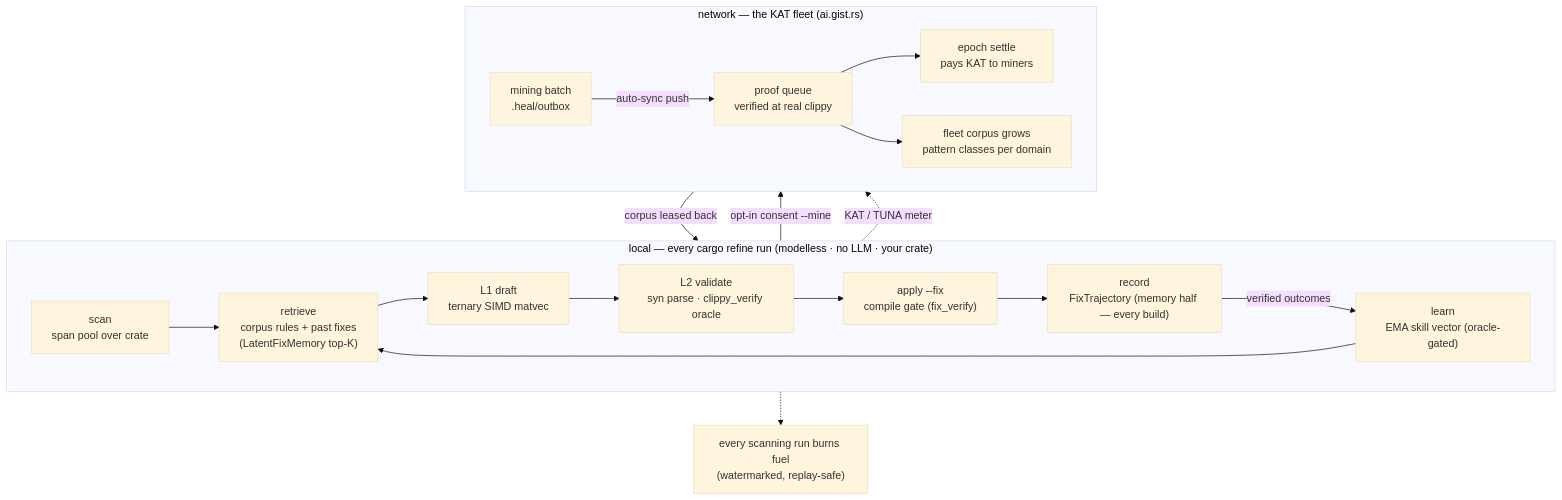
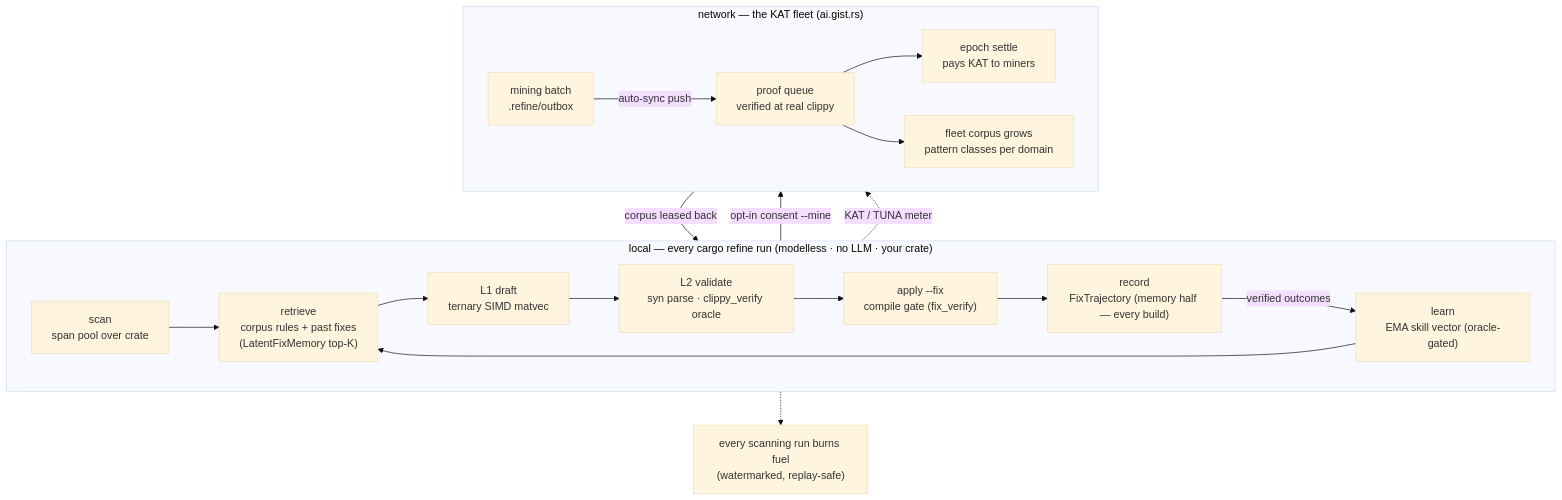
The second of 2 diagrams in .docs/10_self_evolve/self_evolve_flow.md (riir-ai/riir-refine), drawn with Mermaid (base theme) before and after one commit. The commit also changed other lines of this file and 39 other files, not shown here.

````diff
--- a/.docs/10_self_evolve/self_evolve_flow.md
+++ b/.docs/10_self_evolve/self_evolve_flow.md
@@ -42,26 +42,26 @@
 ```mermaid
 flowchart TB
     subgraph LOCAL["local — every cargo refine run (modelless · no LLM · your crate)"]
         direction LR
         SCAN["scan<br/>span pool over crate"] --> RET["retrieve<br/>corpus rules + past fixes<br/>(LatentFixMemory top-K)"]
         RET --> DRAFT["L1 draft<br/>ternary SIMD matvec"]
         DRAFT --> VAL["L2 validate<br/>syn parse · clippy_verify oracle"]
         VAL --> FIX["apply --fix<br/>compile gate (fix_verify)"]
         FIX --> REC["record<br/>FixTrajectory (memory half — every build)"]
         REC -->|"verified outcomes"| LEARN["learn<br/>EMA skill vector (oracle-gated)"]
         LEARN --> RET
     end
 
-    REC -->|"opt-in consent --mine"| OUT["mining batch<br/>.heal/outbox"]
+    REC -->|"opt-in consent --mine"| OUT["mining batch<br/>.refine/outbox"]
 
     subgraph NET["network — the KAT fleet (ai.gist.rs)"]
         direction LR
         OUT -->|"auto-sync push"| PROOF["proof queue<br/>verified at real clippy"]
         PROOF --> SETTLE["epoch settle<br/>pays KAT to miners"]
         PROOF --> GROW["fleet corpus grows<br/>pattern classes per domain"]
     end
 
     GROW -->|"corpus leased back"| RET
     SCAN -.->|"KAT / TUNA meter"| SETTLE
     SCAN -.-> BURN["every scanning run burns fuel<br/>(watermarked, replay-safe)"]
 ```
````
